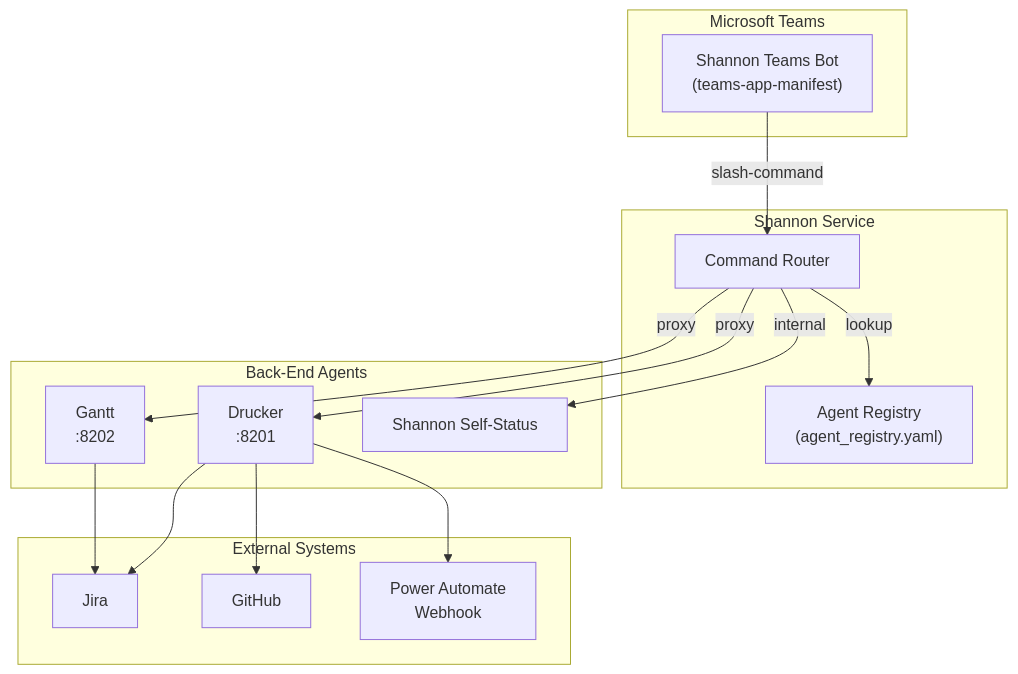
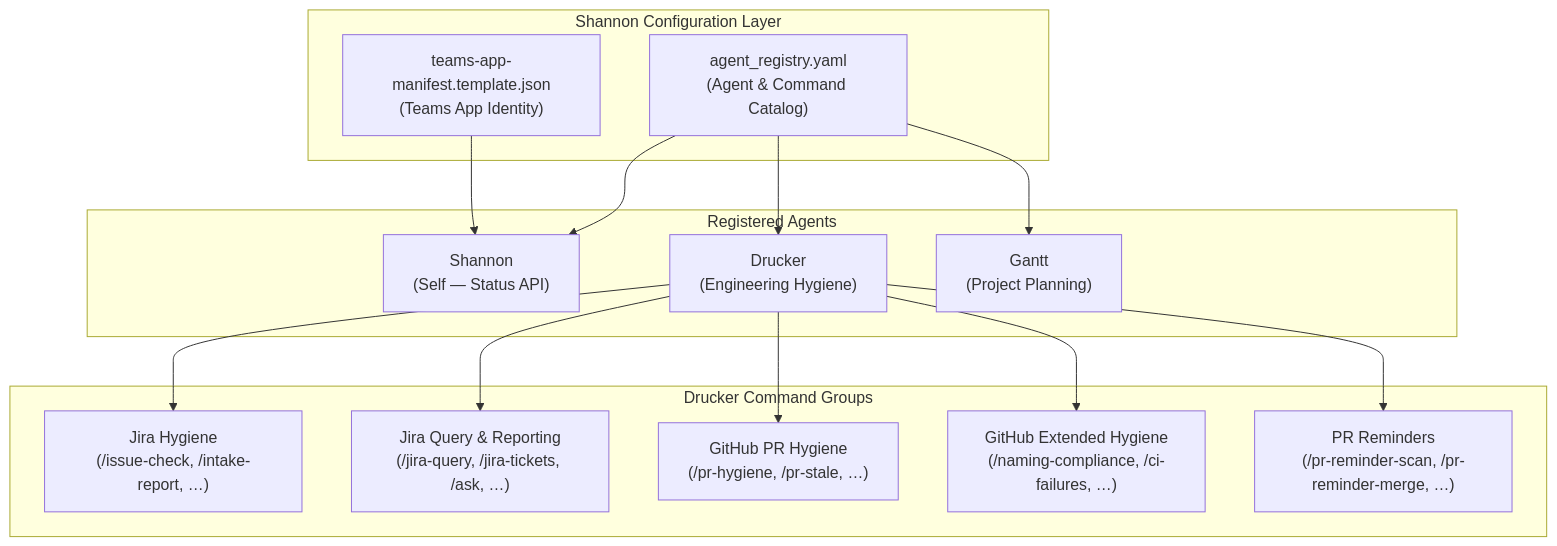
One commit to jmac-cornelis/agent-workforce changed the first of 4 diagrams in docs/config-shannon.md. Above: the diagram before and after it, drawn with Mermaid. The commit also changed other lines of this file and 7 other files, not shown here.

````diff
--- a/docs/config-shannon.md
+++ b/docs/config-shannon.md
@@ -28,33 +28,31 @@
 ```mermaid
 graph TD
-    subgraph "Microsoft Teams"
-        TeamsBot["Shannon Teams Bot<br/>(teams-app-manifest)"]
+    subgraph "Shannon Configuration Layer"
+        AR["agent_registry.yaml<br/>(Agent & Command Catalog)"]
+        TM["teams-app-manifest.template.json<br/>(Teams App Identity)"]
     end
 
-    subgraph "Shannon Service"
-        Router["Command Router"]
-        Registry["Agent Registry<br/>(agent_registry.yaml)"]
+    subgraph "Registered Agents"
+        SH["Shannon<br/>(Self — Status API)"]
+        DR["Drucker<br/>(Engineering Hygiene)"]
+        GA["Gantt<br/>(Project Planning)"]
     end
 
-    subgraph "Back-End Agents"
-        Drucker["Drucker<br/>:8201"]
-        Gantt["Gantt<br/>:8202"]
-        ShannonSelf["Shannon Self-Status"]
+    subgraph "Drucker Command Groups"
+        JH["Jira Hygiene<br/>(/issue-check, /intake-report, …)"]
+        JQ["Jira Query & Reporting<br/>(/jira-query, /jira-tickets, /ask, …)"]
+        GH["GitHub PR Hygiene<br/>(/pr-hygiene, /pr-stale, …)"]
+        GX["GitHub Extended Hygiene<br/>(/naming-compliance, /ci-failures, …)"]
+        PR["PR Reminders<br/>(/pr-reminder-scan, /pr-reminder-merge, …)"]
     end
 
-    subgraph "External Systems"
-        Jira["Jira"]
-        GitHub["GitHub"]
-        PowerAutomate["Power Automate<br/>Webhook"]
-    end
-
-    TeamsBot -->|slash-command| Router
-    Router -->|lookup| Registry
-    Router -->|proxy| Drucker
-    Router -->|proxy| Gantt
-    Router -->|internal| ShannonSelf
-    Drucker --> Jira
-    Drucker --> GitHub
-    Drucker --> PowerAutomate
-    Gantt --> Jira
+    AR --> SH
+    AR --> DR
+    AR --> GA
+    DR --> JH
+    DR --> JQ
+    DR --> GH
+    DR --> GX
+    DR --> PR
+    TM --> SH
 ```
````
